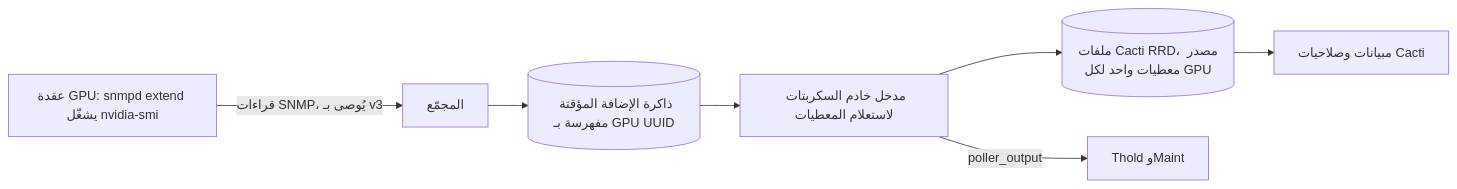
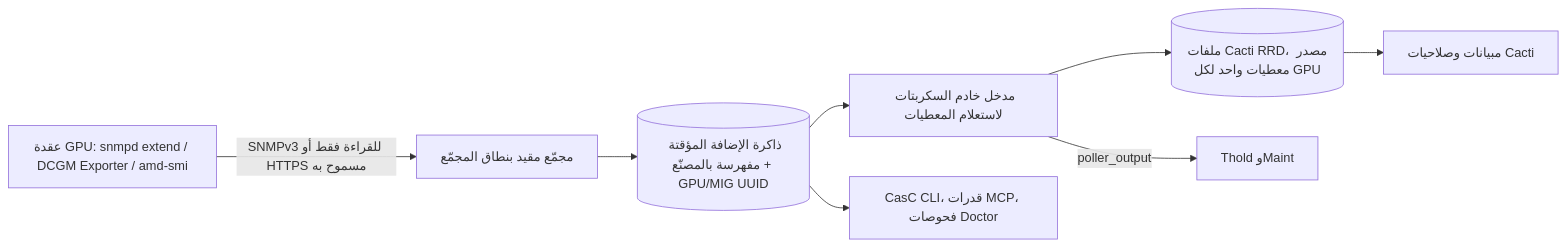
One commit to somethingwithproof/plugin_gpu changed the diagram in docs/i18n/ar-MA/README.md. Above: the diagram before and after it, drawn with Mermaid. The commit also changed other lines of this file and 47 other files, not shown here.

````diff
--- a/docs/i18n/ar-MA/README.md
+++ b/docs/i18n/ar-MA/README.md
@@ -104,9 +104,10 @@
 ```mermaid
 flowchart LR
-    NODE["عقدة GPU: snmpd extend يشغّل nvidia-smi"] -->|قراءات SNMP، يُوصى بـ v3| C["المجمّع"]
-    C --> CACHE[("ذاكرة الإضافة المؤقتة مفهرسة بـ GPU UUID")]
+    NODE["عقدة GPU: snmpd extend / DCGM Exporter / amd-smi"] -->|SNMPv3 للقراءة فقط أو HTTPS مسموح به| C["مجمّع مقيد بنطاق المجمّع"]
+    C --> CACHE[("ذاكرة الإضافة المؤقتة مفهرسة بالمصنّع + GPU/MIG UUID")]
     CACHE --> SS["مدخل خادم السكربتات لاستعلام المعطيات"]
+    CACHE --> ECO["CasC CLI، قدرات MCP، فحوصات Doctor"]
     SS --> RRD[("ملفات Cacti RRD، مصدر معطيات واحد لكل GPU")]
     SS -->|poller_output| T["Thold وMaint"]
     RRD --> G["مبيانات وصلاحيات Cacti"]
 ```
````
